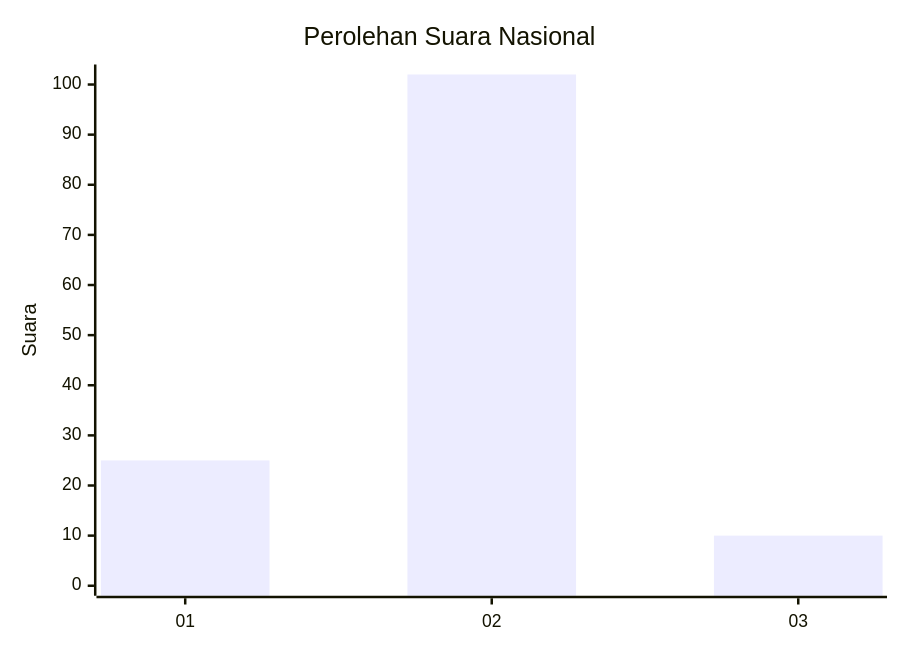
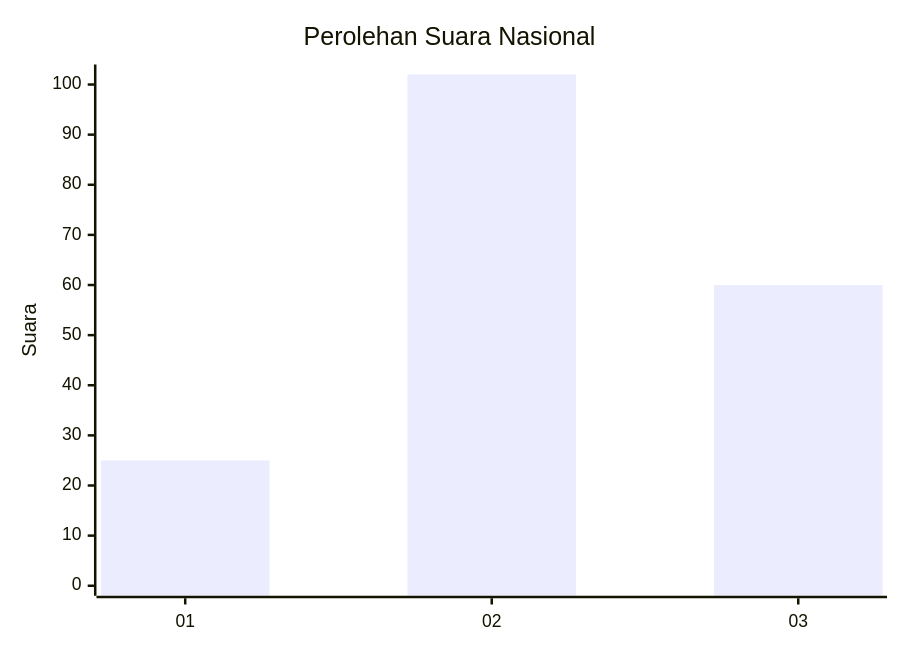
The first of 2 diagrams in pilpres/hitung-suara/sub/52-nusa-tenggara-barat/sub/01-lombok-barat/sub/03-narmada/sub/2016-gerimax-indah/sub/008-tps/README.md (gigit-pemilu/pemilu-2024-52-nusa-tenggara-barat), drawn with Mermaid before and after one commit. The commit also changed other lines of this file and 721 other files, not shown here.

````diff
--- a/pilpres/hitung-suara/sub/52-nusa-tenggara-barat/sub/01-lombok-barat/sub/03-narmada/sub/2016-gerimax-indah/sub/008-tps/README.md
+++ b/pilpres/hitung-suara/sub/52-nusa-tenggara-barat/sub/01-lombok-barat/sub/03-narmada/sub/2016-gerimax-indah/sub/008-tps/README.md
@@ -5,7 +5,7 @@
 ```mermaid
 xychart-beta
     title "Perolehan Suara Nasional"
     x-axis [01, 02, 03]
     y-axis "Suara" 0 --> 102
-    bar [25, 102, 10]
+    bar [25, 102, 60]
 ```
````
